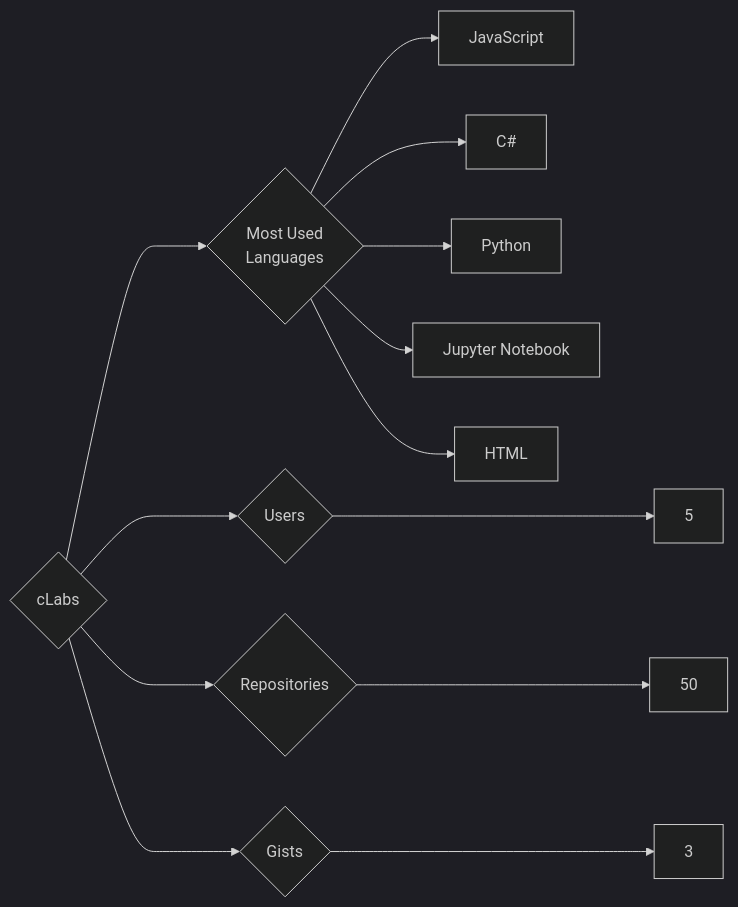
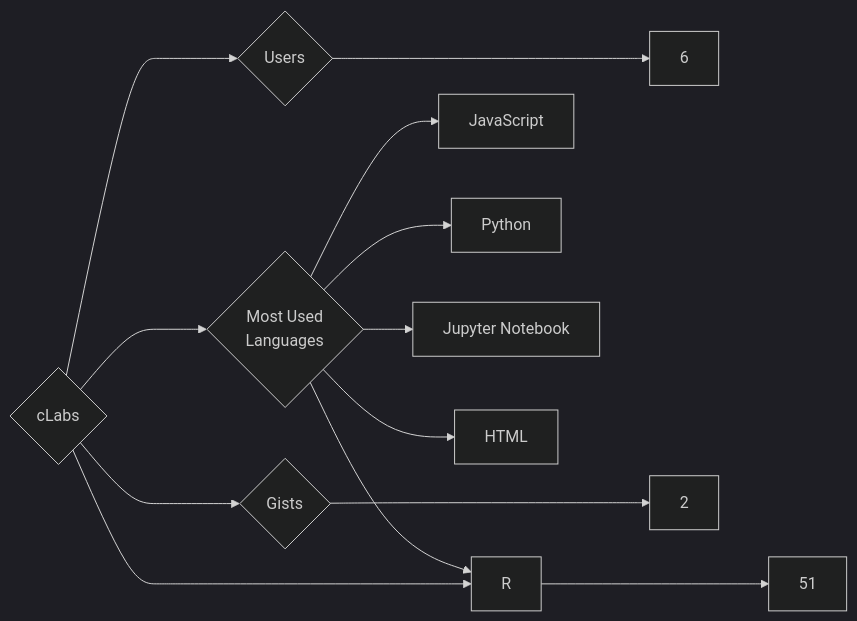
One commit to trickest/insiders changed the diagram in targets/cLabs/README.md. Above: the diagram before and after it, drawn with Mermaid (dark theme). The commit also changed 1123 other files, not shown here.

````diff
--- a/targets/cLabs/README.md
+++ b/targets/cLabs/README.md
@@ -3,13 +3,13 @@
 ```mermaid
 graph LR
 COMPANY_NAME{cLabs}
-COMPANY_NAME ---> U{Users} ---> UN[5]
-COMPANY_NAME ---> R{Repositories} ---> RN[50]
-COMPANY_NAME ---> G{Gists} ---> GN[3]
+COMPANY_NAME ---> U{Users} ---> UN[6]
+COMPANY_NAME ---> R{Repositories} ---> RN[51]
+COMPANY_NAME ---> G{Gists} ---> GN[2]
 COMPANY_NAME ---> ML{Most Used<br>Languages}
 ML --> JavaScript[JavaScript]
-ML --> C#[C#]
 ML --> Python[Python]
 ML --> Jupyter_Notebook[Jupyter Notebook]
 ML --> HTML[HTML]
+ML --> R[R]
 ```
````
